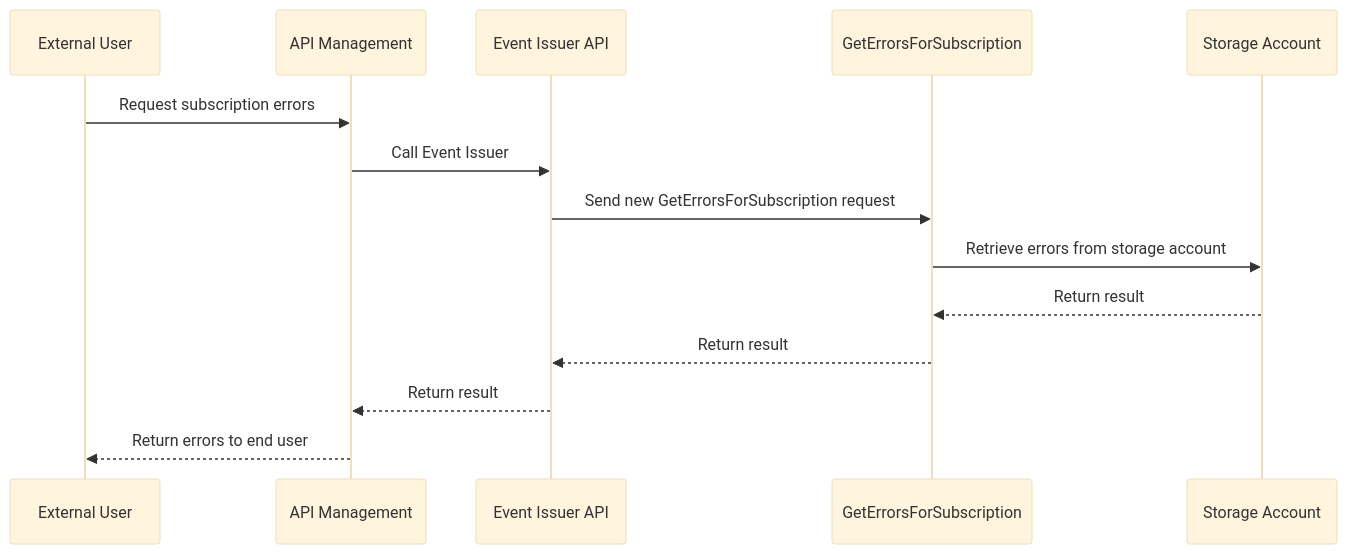
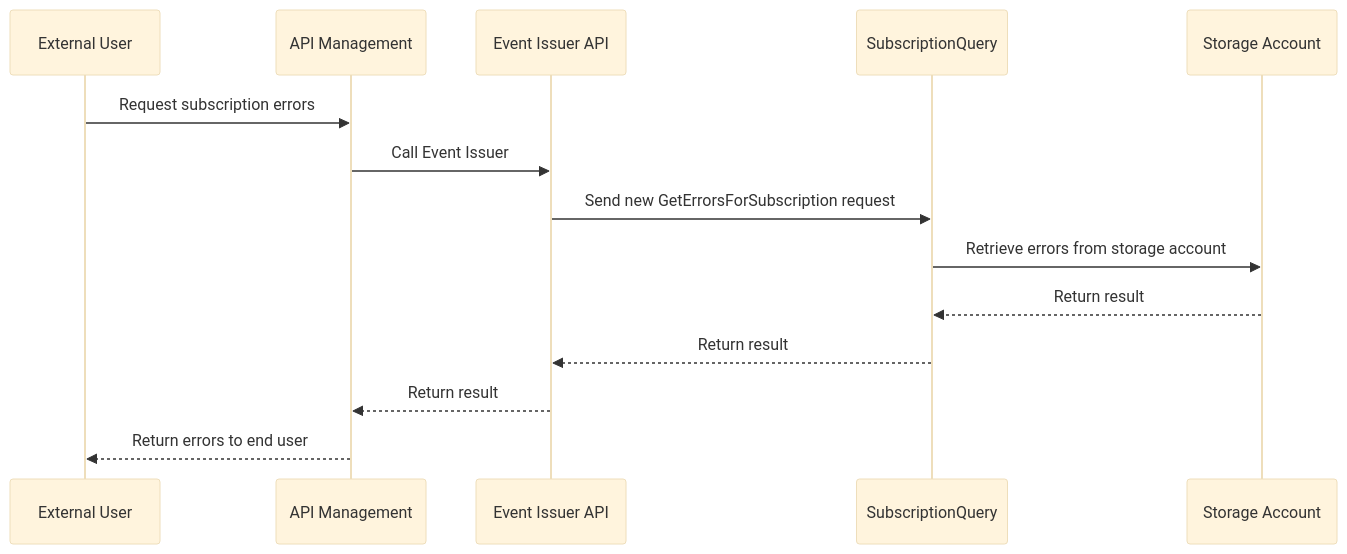
The second of 2 diagrams in docs/user-guides/error-reporting.md (Bane-NOR/event-issuer), drawn with Mermaid (base theme) before and after one commit. The commit also changed other lines of this file and 1 other file, not shown here.

Commit message:
Subscription table diagram

```diff
--- a/docs/user-guides/error-reporting.md
+++ b/docs/user-guides/error-reporting.md
@@ -57,17 +78,17 @@
 ::: mermaid
 sequenceDiagram
     participant External User
     participant API Management
     participant Event Issuer API
-    participant GetErrorsForSubscription
+    participant SubscriptionQuery
     participant Storage Account
 
     External User->>API Management: Request subscription errors
     API Management->>Event Issuer API: Call Event Issuer
-    Event Issuer API->>GetErrorsForSubscription: Send new GetErrorsForSubscription request
-    GetErrorsForSubscription ->> Storage Account: Retrieve errors from storage account
-    Storage Account -->> GetErrorsForSubscription: Return result
-    GetErrorsForSubscription -->> Event Issuer API: Return result
+    Event Issuer API->>SubscriptionQuery: Send new GetErrorsForSubscription request
+    SubscriptionQuery ->> Storage Account: Retrieve errors from storage account
+    Storage Account -->> SubscriptionQuery: Return result
+    SubscriptionQuery -->> Event Issuer API: Return result
     Event Issuer API -->> API Management: Return result
     API Management -->> External User: Return errors to end user
 :::
```
